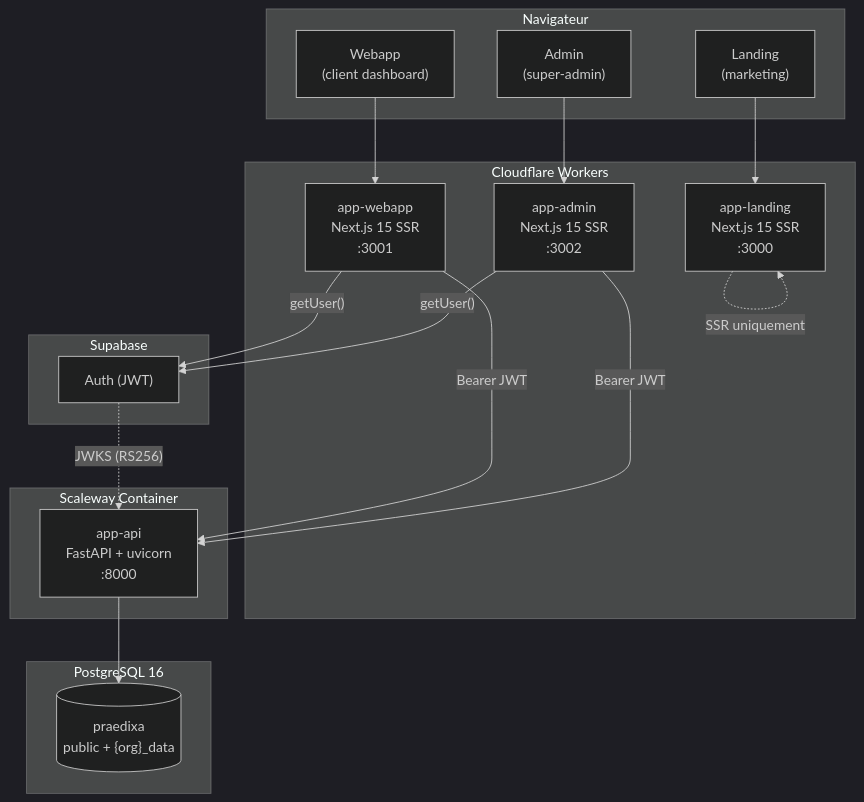
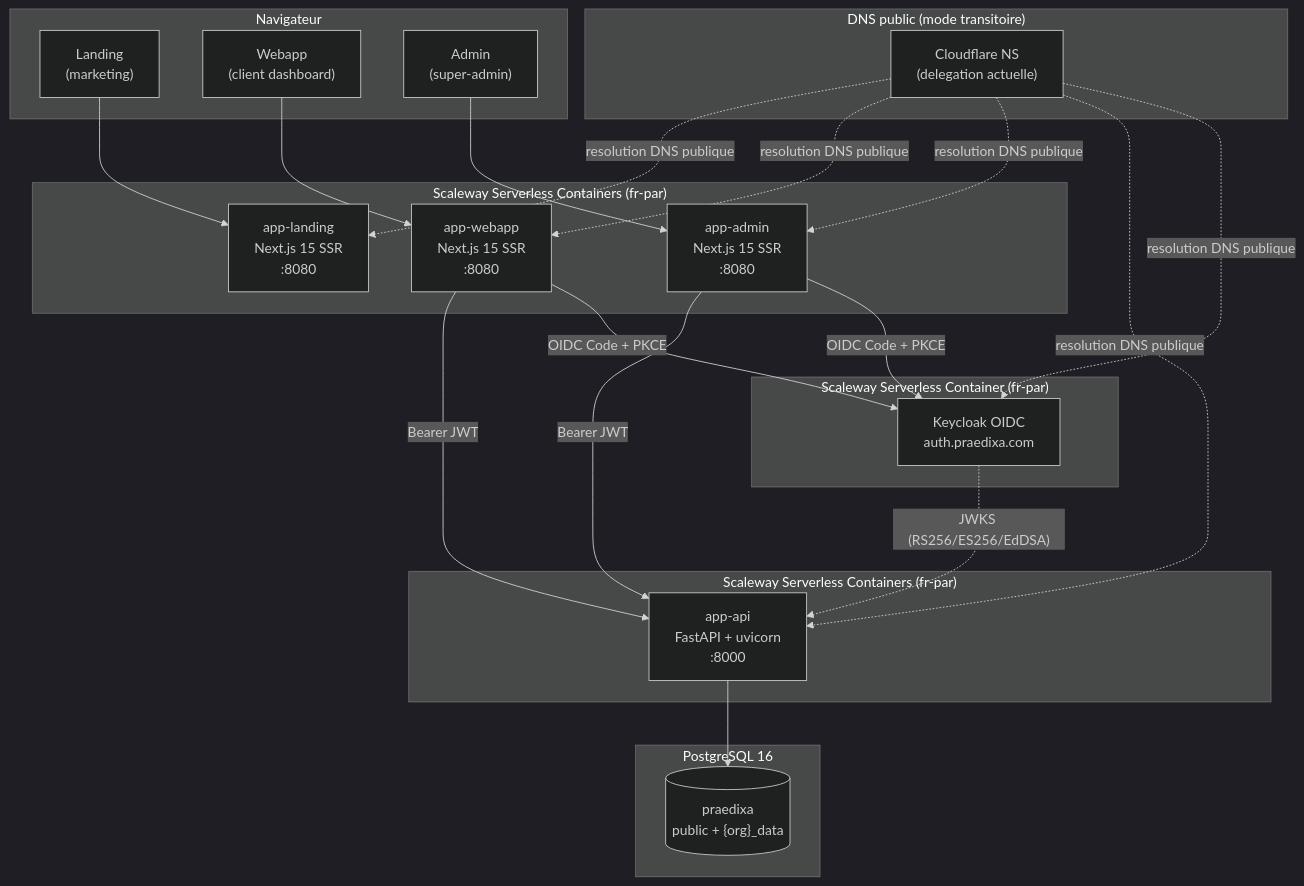
The first of 5 diagrams in docs/ARCHITECTURE.md (StevenPvr/Praedixa), drawn with Mermaid (dark theme) before and after one commit. The commit also changed other lines of this file and 389 other files, not shown here.

````diff
--- a/docs/ARCHITECTURE.md
+++ b/docs/ARCHITECTURE.md
@@ -7,37 +7,45 @@
 ```mermaid
 graph TB
     subgraph Clients["Navigateur"]
         B1["Landing<br/>(marketing)"]
         B2["Webapp<br/>(client dashboard)"]
         B3["Admin<br/>(super-admin)"]
     end
 
-    subgraph CF["Cloudflare Workers"]
-        L["app-landing<br/>Next.js 15 SSR<br/>:3000"]
-        W["app-webapp<br/>Next.js 15 SSR<br/>:3001"]
-        A["app-admin<br/>Next.js 15 SSR<br/>:3002"]
+    subgraph DNS["DNS public (mode transitoire)"]
+        CFNS["Cloudflare NS<br/>(delegation actuelle)"]
     end
 
-    subgraph Backend["Scaleway Container"]
+    subgraph FE["Scaleway Serverless Containers (fr-par)"]
+        L["app-landing<br/>Next.js 15 SSR<br/>:8080"]
+        W["app-webapp<br/>Next.js 15 SSR<br/>:8080"]
+        A["app-admin<br/>Next.js 15 SSR<br/>:8080"]
+    end
+
+    subgraph Backend["Scaleway Serverless Containers (fr-par)"]
         API["app-api<br/>FastAPI + uvicorn<br/>:8000"]
+    end
+
+    subgraph Auth["Scaleway Serverless Container (fr-par)"]
+        KC["Keycloak OIDC<br/>auth.praedixa.com"]
     end
 
     subgraph Data["PostgreSQL 16"]
         PG[("praedixa<br/>public + {org}_data")]
     end
 
-    subgraph Auth["Supabase"]
-        SB["Auth (JWT)"]
-    end
-
     B1 --> L
     B2 --> W
     B3 --> A
-    L -. "SSR uniquement" .-> L
+    CFNS -. "resolution DNS publique" .-> L
+    CFNS -. "resolution DNS publique" .-> W
+    CFNS -. "resolution DNS publique" .-> A
+    CFNS -. "resolution DNS publique" .-> API
+    CFNS -. "resolution DNS publique" .-> KC
     W -- "Bearer JWT" --> API
     A -- "Bearer JWT" --> API
     API --> PG
-    W -- "getUser()" --> SB
-    A -- "getUser()" --> SB
-    SB -. "JWKS (RS256)" .-> API
+    W -- "OIDC Code + PKCE" --> KC
+    A -- "OIDC Code + PKCE" --> KC
+    KC -. "JWKS (RS256/ES256/EdDSA)" .-> API
 ```
````
